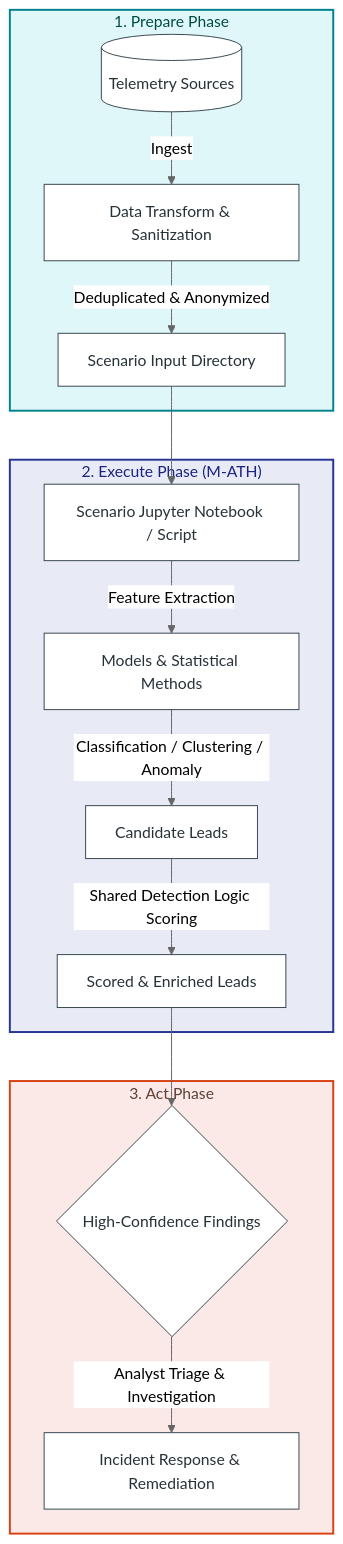
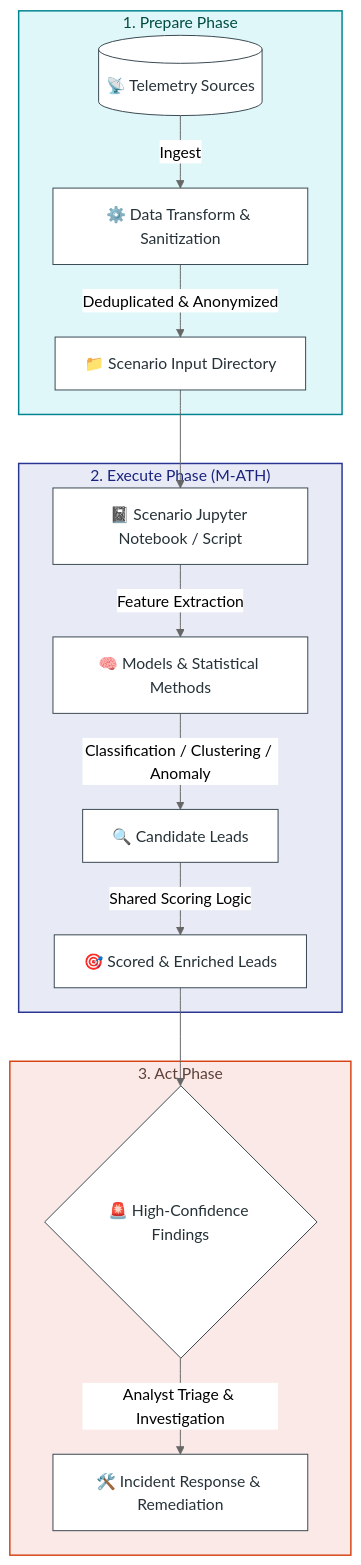
Before and after one commit to Cyber-Threat-Hunting-Playground/m-ath-threat-hunting-catalog: the first of 2 diagrams in README.md, drawn with Mermaid (neutral theme). The commit also changed other lines of this file and 4 other files, not shown here.

````diff
--- a/README.md
+++ b/README.md
@@ -37,31 +34,31 @@
 ```mermaid
 graph TD
     %% Custom Styling Definitions
-    classDef prepareStyle fill:#E0F7FA,stroke:#00838F,stroke-width:2px,color:#004D40;
-    classDef executeStyle fill:#E8EAF6,stroke:#283593,stroke-width:2px,color:#1A237E;
-    classDef actStyle fill:#FBE9E7,stroke:#D84315,stroke-width:2px,color:#5D4037;
+    classDef prepareStyle fill:#E0F7FA,stroke:#00838F,stroke-width:1.5px,color:#004D40;
+    classDef executeStyle fill:#E8EAF6,stroke:#283593,stroke-width:1.5px,color:#1A237E;
+    classDef actStyle fill:#FBE9E7,stroke:#D84315,stroke-width:1.5px,color:#5D4037;
     classDef nodeStyle fill:#FFFFFF,stroke:#37474F,stroke-width:1px,color:#263238;
 
     subgraph Phase1 ["1. Prepare Phase"]
-        A[(Telemetry Sources)] -->|Ingest| B[Data Transform & Sanitization]
-        B -->|Deduplicated & Anonymized| C[Scenario Input Directory]
+        A[(📡 Telemetry Sources)] -->|Ingest| B[⚙️ Data Transform & Sanitization]
+        B -->|Deduplicated & Anonymized| C[📁 Scenario Input Directory]
     end
     
     subgraph Phase2 ["2. Execute Phase (M-ATH)"]
-        C --> D[Scenario Jupyter Notebook / Script]
-        D -->|Feature Extraction| E[Models & Statistical Methods]
-        E -->|Classification / Clustering / Anomaly| F[Candidate Leads]
-        F -->|Shared Detection Logic Scoring| G[Scored & Enriched Leads]
+        C --> D[📓 Scenario Jupyter Notebook / Script]
+        D -->|Feature Extraction| E[🧠 Models & Statistical Methods]
+        E -->|Classification / Clustering / Anomaly| F[🔍 Candidate Leads]
+        F -->|Shared Scoring Logic| G[🎯 Scored & Enriched Leads]
     end
     
     subgraph Phase3 ["3. Act Phase"]
-        G --> H{High-Confidence Findings}
-        H -->|Analyst Triage & Investigation| I[Incident Response & Remediation]
+        G --> H{🚨 High-Confidence Findings}
+        H -->|Analyst Triage & Investigation| I[🛠️ Incident Response & Remediation]
     end
 
     %% Apply Classes
     class Phase1 prepareStyle;
     class Phase2 executeStyle;
     class Phase3 actStyle;
     class A,B,C,D,E,F,G,H,I nodeStyle;
 ```
````
